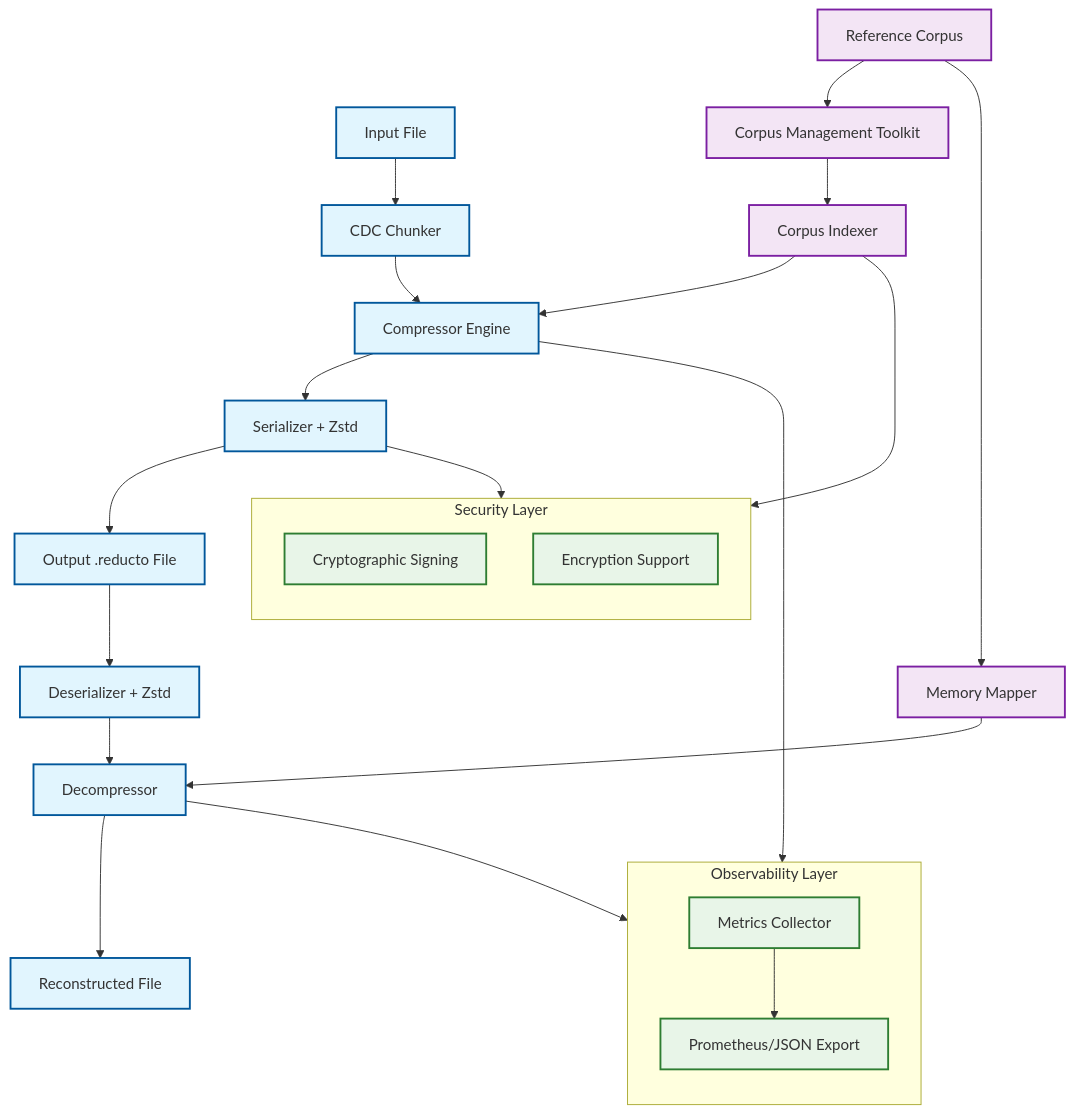
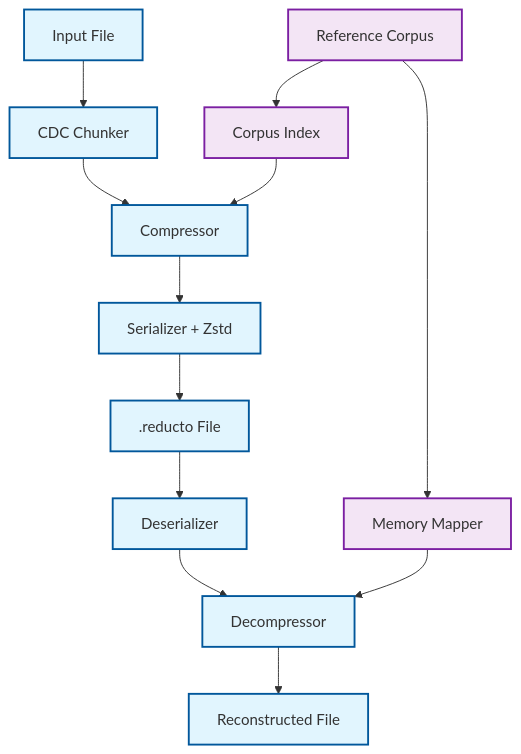
Before and after one commit to that-in-rust/reducto: the first of 2 diagrams in README.md, drawn with Mermaid. The commit also changed other lines of this file, not shown here.

````diff
--- a/README.md
+++ b/README.md
@@ -58,52 +36,26 @@
 ```mermaid
 graph TD
-    %% Main compression flow
-    IF[Input File] --> CDC[CDC Chunker]
-    CDC --> COMP[Compressor Engine]
+    %% Main flow
+    Input[Input File] --> CDC[CDC Chunker]
+    Corpus[Reference Corpus] --> Index[Corpus Index]
     
-    %% Corpus management flow
-    RC[Reference Corpus] --> CMT[Corpus Management Toolkit]
-    CMT --> CI[Corpus Indexer]
-    CI --> COMP
+    %% Compression path
+    CDC --> Compress[Compressor]
+    Index --> Compress
+    Compress --> Serialize[Serializer + Zstd]
+    Serialize --> Output[.reducto File]
     
-    %% Compression pipeline
-    COMP --> SER[Serializer + Zstd]
-    SER --> OF[Output .reducto File]
-    
-    %% Decompression pipeline
-    OF --> DESER[Deserializer + Zstd]
-    DESER --> DECOMP[Decompressor]
-    RC --> MM[Memory Mapper]
-    MM --> DECOMP
-    DECOMP --> RESULT[Reconstructed File]
-    
-    %% Observability layer
-    subgraph "Observability Layer"
-        direction TB
-        METRICS[Metrics Collector]
-        PROM[Prometheus/JSON Export]
-        METRICS --> PROM
-    end
-    
-    %% Security layer
-    subgraph "Security Layer"
-        direction TB
-        SIG[Cryptographic Signing]
-        ENC[Encryption Support]
-    end
-    
-    %% Connect to layers
-    COMP --> METRICS
-    DECOMP --> METRICS
-    CI --> SIG
-    SER --> ENC
+    %% Decompression path
+    Output --> Deserialize[Deserializer]
+    Deserialize --> Decompress[Decompressor]
+    Corpus --> MemMap[Memory Mapper]
+    MemMap --> Decompress
+    Decompress --> Result[Reconstructed File]
     
     %% Styling
     classDef primary fill:#e1f5fe,stroke:#01579b,stroke-width:2px
     classDef secondary fill:#f3e5f5,stroke:#7b1fa2,stroke-width:2px
-    classDef layer fill:#e8f5e8,stroke:#2e7d32,stroke-width:2px
     
-    class IF,CDC,COMP,SER,OF,DESER,DECOMP,RESULT primary
-    class RC,CMT,CI,MM secondary
-    class METRICS,PROM,SIG,ENC layer
+    class Input,CDC,Compress,Serialize,Output,Deserialize,Decompress,Result primary
+    class Corpus,Index,MemMap secondary
 ```
````
